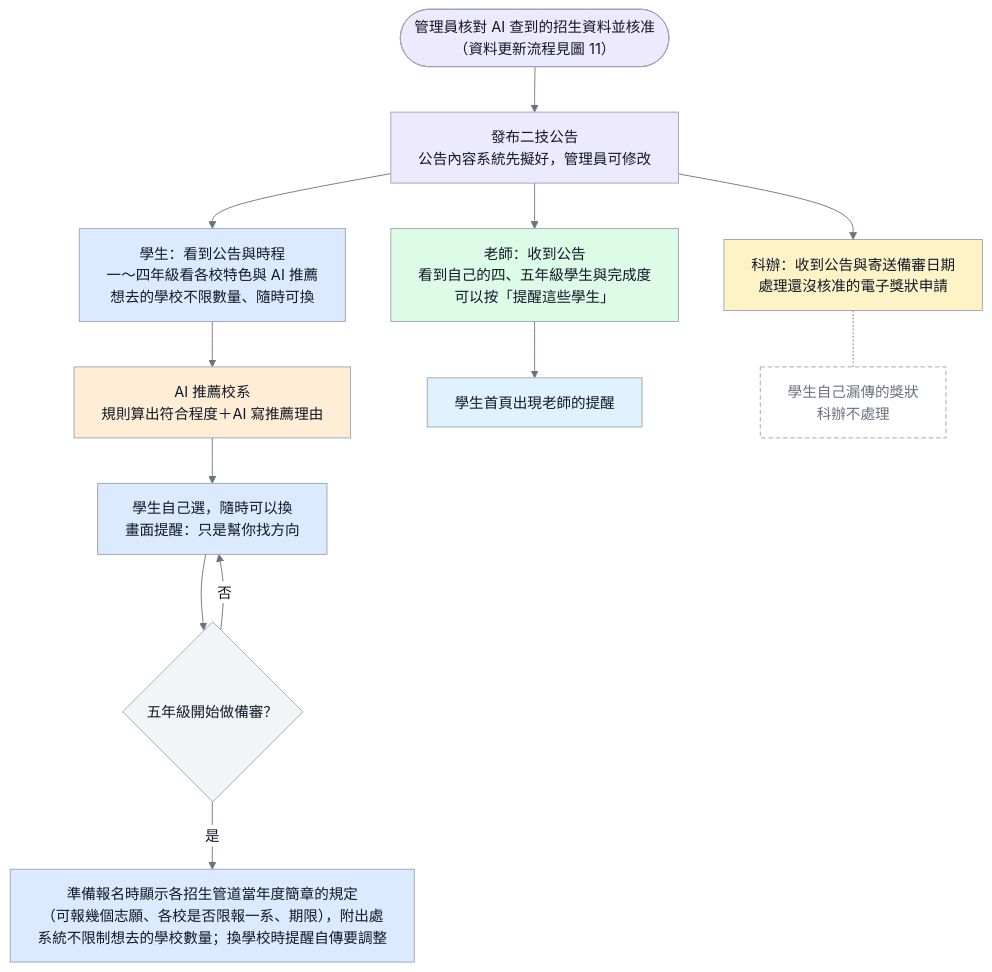
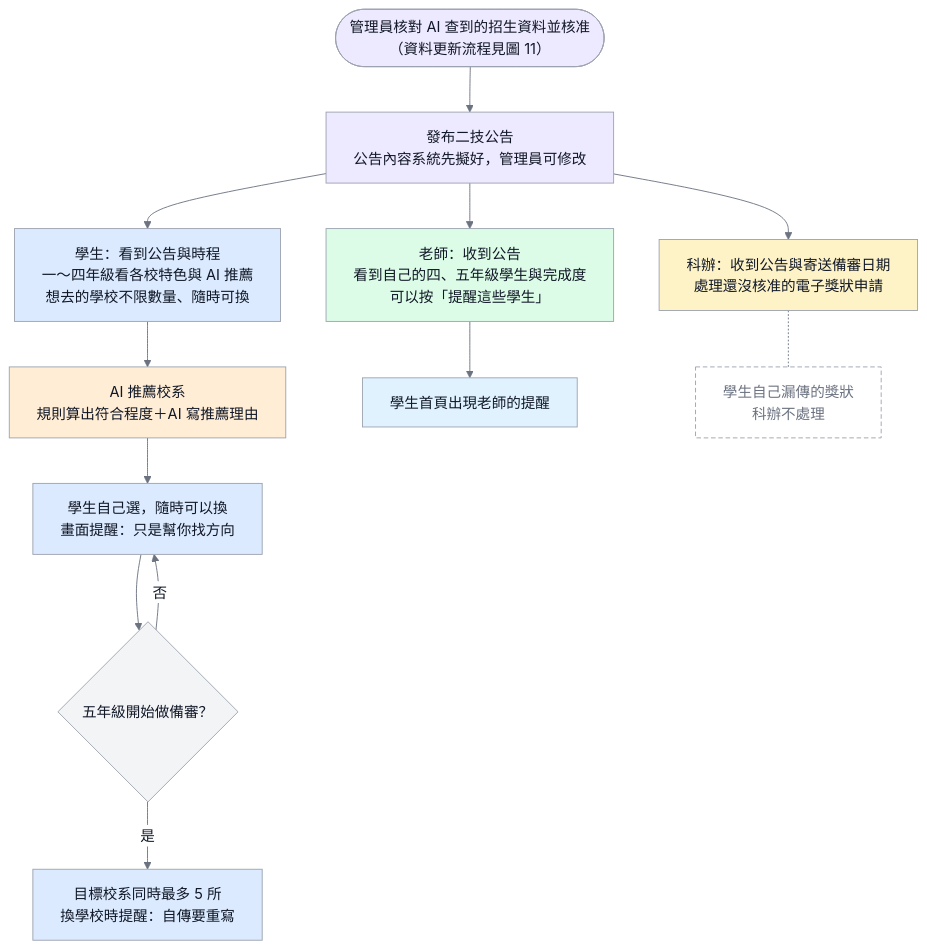
One commit to 111534107/smart-learning-portfolio-main changed the ninth of 19 diagrams in docs/04_圖表與介面/03_檢查與圖表規範/diagrams.md. Above: the diagram before and after it, drawn with Mermaid. The commit also changed other lines of this file and 841 other files, not shown here.

````diff
--- a/docs/04_圖表與介面/03_檢查與圖表規範/diagrams.md
+++ b/docs/04_圖表與介面/03_檢查與圖表規範/diagrams.md
@@ -508,23 +487,23 @@
 ```mermaid
 %%{init: {'theme':'base','themeVariables': {'fontFamily':'Microsoft JhengHei, Noto Sans TC, Arial, sans-serif','primaryColor':'#F3F4F6','primaryTextColor':'#111827','primaryBorderColor':'#9CA3AF','lineColor':'#6B7280','edgeLabelBackground':'#FFFFFF'},'flowchart':{'wrappingWidth':400}}}%%
 flowchart TD
     classDef student fill:#DBEAFE,stroke:#9CA3AF,color:#111827,stroke-width:1px;
     classDef teacher fill:#DCFCE7,stroke:#9CA3AF,color:#111827,stroke-width:1px;
     classDef admin fill:#EDE9FE,stroke:#9CA3AF,color:#111827,stroke-width:1px;
     classDef staff fill:#FEF3C7,stroke:#9CA3AF,color:#111827,stroke-width:1px;
     classDef system fill:#E0F2FE,stroke:#9CA3AF,color:#111827,stroke-width:1px;
     classDef ai fill:#FFEDD5,stroke:#9CA3AF,color:#111827,stroke-width:1px;
     classDef pending fill:#FFFFFF,stroke:#9CA3AF,color:#6B7280,stroke-width:1px,stroke-dasharray:5 3;
 
     Approve([管理員核對 AI 查到的招生資料並核准<br/>（資料更新流程見圖 11）]):::admin --> Publish[發布二技公告<br/>公告內容系統先擬好，管理員可修改]:::admin
     Publish --> Student[學生：看到公告與時程<br/>一～四年級看各校特色與 AI 推薦<br/>想去的學校不限數量、隨時可換]:::student
     Publish --> Teacher[老師：收到公告<br/>看到自己的四、五年級學生與完成度<br/>可以按「提醒這些學生」]:::teacher
     Publish --> Staff[科辦：收到公告與寄送備審日期<br/>處理還沒核准的電子獎狀申請]:::staff
     Student --> Recommend[AI 推薦校系<br/>規則算出符合程度＋AI 寫推薦理由]:::ai
     Recommend --> Choose[學生自己選，隨時可以換<br/>畫面提醒：只是幫你找方向]:::student
     Choose --> Grade5{五年級開始做備審？}
     Grade5 -- 否 --> Choose
-    Grade5 -- 是 --> Limit[準備報名時顯示各招生管道當年度簡章的規定<br/>（可報幾個志願、各校是否限報一系、期限），附出處<br/>系統不限制想去的學校數量；換學校時提醒自傳要調整]:::student
+    Grade5 -- 是 --> Limit[目標校系同時最多 5 所<br/>換學校時提醒：自傳要重寫]:::student
     Teacher --> Remind[學生首頁出現老師的提醒]:::system
     Staff -.- NotStaff[學生自己漏傳的獎狀<br/>科辦不處理]:::pending
 ```
````
